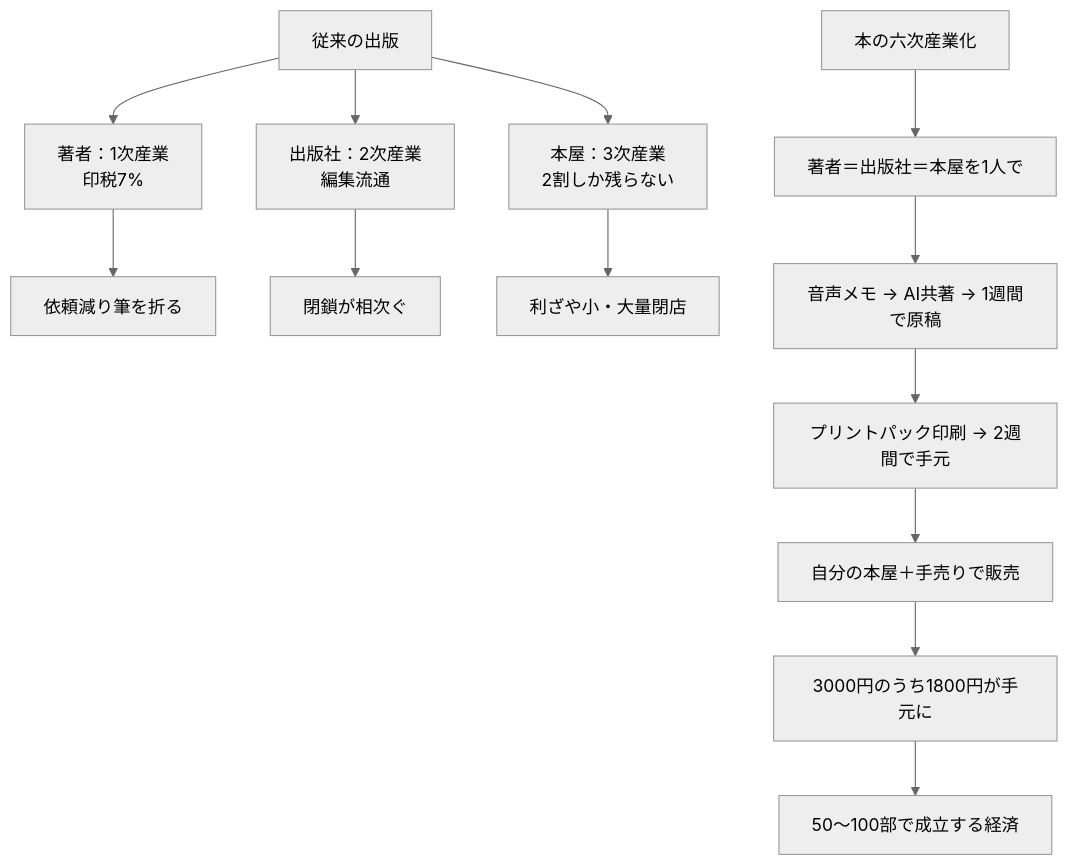
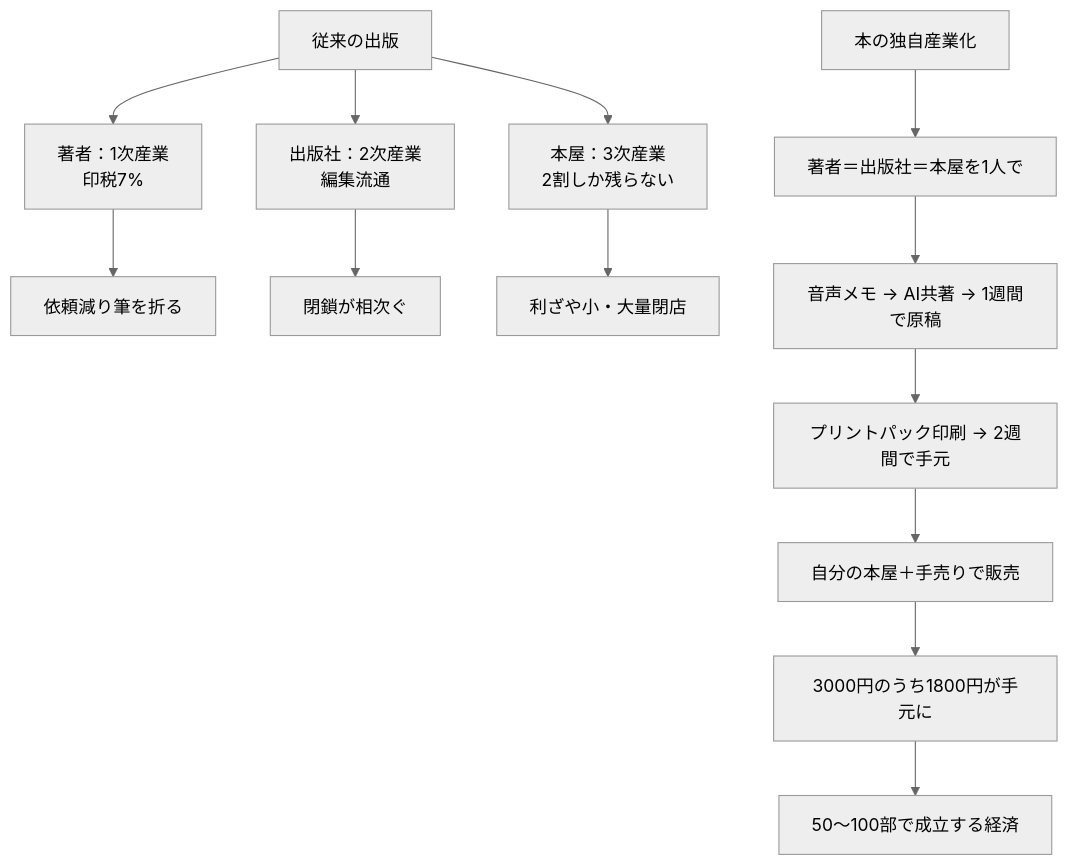
One commit to VOMOYA/planetary-learning-mtg-reports changed the fourth of 10 diagrams in プラネタリーラーニング運営MTG_20260430.md. Above: the diagram before and after it, drawn with Mermaid (neutral theme). The commit also changed other lines of this file, not shown here.

````diff
--- a/プラネタリーラーニング運営MTG_20260430.md
+++ b/プラネタリーラーニング運営MTG_20260430.md
@@ -173,16 +173,16 @@
 ```mermaid
 graph TD
   A[従来の出版] --> B[著者：1次産業<br/>印税7%]
   A --> C[出版社：2次産業<br/>編集流通]
   A --> D[本屋：3次産業<br/>2割しか残らない]
   B --> E[依頼減り筆を折る]
   C --> F[閉鎖が相次ぐ]
   D --> G[利ざや小・大量閉店]
 
-  H[本の六次産業化] --> I[著者＝出版社＝本屋を1人で]
+  H[本の独自産業化] --> I[著者＝出版社＝本屋を1人で]
   I --> J[音声メモ → AI共著 → 1週間で原稿]
   J --> K[プリントパック印刷 → 2週間で手元]
   K --> L[自分の本屋＋手売りで販売]
   L --> M[3000円のうち1800円が手元に]
   M --> N[50〜100部で成立する経済]
 ```
````
